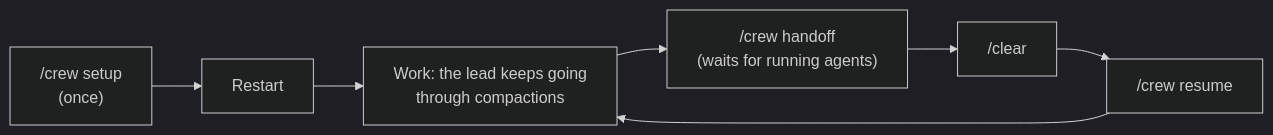
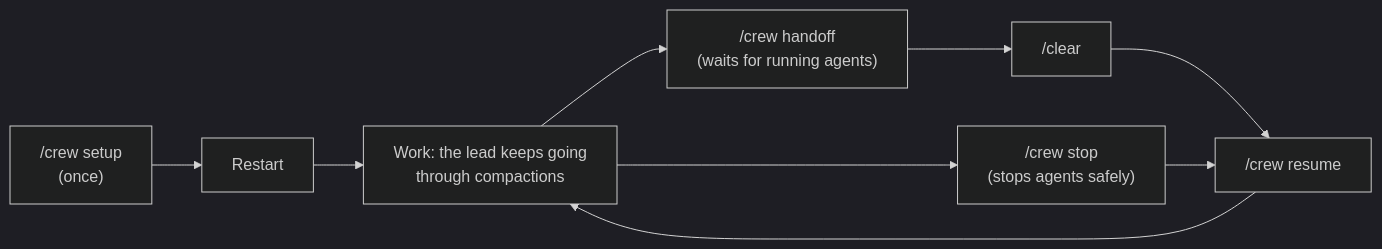
Before and after one commit to claudio-silva/ai-toolbox: the fourth of 5 diagrams in skills/claude-code/crew/README.md, drawn with Mermaid (dark theme). The commit also changed other lines of this file and 14 other files, not shown here.

First line of the commit message:
crew: compaction tracking with per-role reminders, crew request, /crew stop

````diff
--- a/skills/claude-code/crew/README.md
+++ b/skills/claude-code/crew/README.md
@@ -86,5 +87,6 @@
 ```mermaid
 flowchart LR
   S["/crew setup<br/>(once)"] --> R["Restart"] --> W["Work: the lead keeps going<br/>through compactions"]
   W --> H["/crew handoff<br/>(waits for running agents)"] --> C["/clear"] --> U["/crew resume"] --> W
+  W --> P["/crew stop<br/>(stops agents safely)"] --> U
 ```
````
